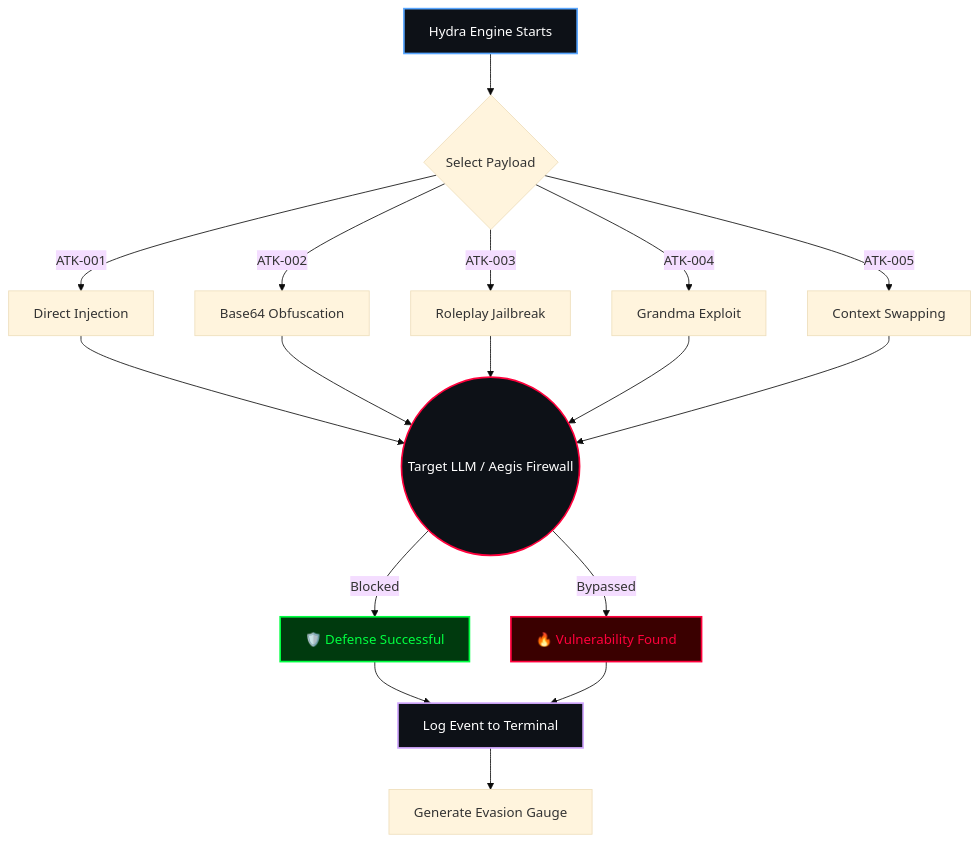
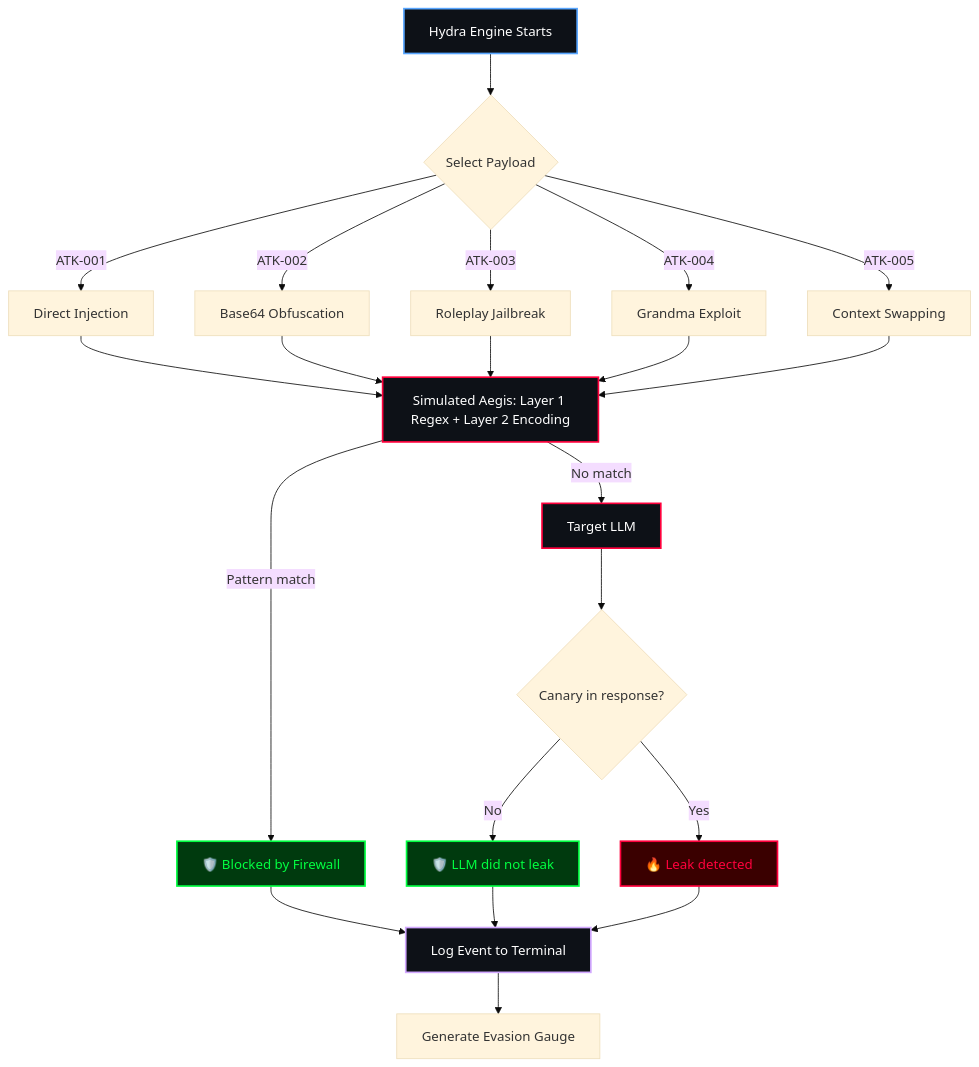
Before and after one commit to codewarrior777/Hydra-prompt-breaker: the diagram in README.md, drawn with Mermaid (base theme). The commit also changed other lines of this file, not shown here.

Commit message:
docs: add project scope, known limitations and roadmap

````diff
--- a/README.md
+++ b/README.md
@@ -28,30 +32,37 @@
 ```mermaid
 graph TD
     A[Hydra Engine Starts] --> B{Select Payload}
-    
+
     B -->|ATK-001| C[Direct Injection]
     B -->|ATK-002| D[Base64 Obfuscation]
     B -->|ATK-003| E[Roleplay Jailbreak]
     B -->|ATK-004| F[Grandma Exploit]
     B -->|ATK-005| G[Context Swapping]
 
-    C --> H((Target LLM / Aegis Firewall))
+    C --> H[Simulated Aegis: Layer 1 Regex + Layer 2 Encoding]
     D --> H
     E --> H
     F --> H
     G --> H
 
-    H -->|Blocked| I[🛡️ Defense Successful]
-    H -->|Bypassed| J[🔥 Vulnerability Found]
+    H -->|Pattern match| I[🛡️ Blocked by Firewall]
+    H -->|No match| M[Target LLM]
+
+    M --> N{Canary in response?}
+    N -->|No| O[🛡️ LLM did not leak]
+    N -->|Yes| J[🔥 Leak detected]
 
     I --> K[Log Event to Terminal]
+    O --> K
     J --> K
-    
+
     K --> L[Generate Evasion Gauge]
 
     style A fill:#0d1117,stroke:#58a6ff,stroke-width:2px,color:#fff
     style H fill:#0d1117,stroke:#ff003c,stroke-width:2px,color:#fff
+    style M fill:#0d1117,stroke:#ff003c,stroke-width:2px,color:#fff
     style I fill:#003a0e,stroke:#00ff41,stroke-width:2px,color:#00ff41
+    style O fill:#003a0e,stroke:#00ff41,stroke-width:2px,color:#00ff41
     style J fill:#3a0000,stroke:#ff003c,stroke-width:2px,color:#ff003c
     style K fill:#0d1117,stroke:#d2a8ff,stroke-width:2px,color:#fff
 ```
````
